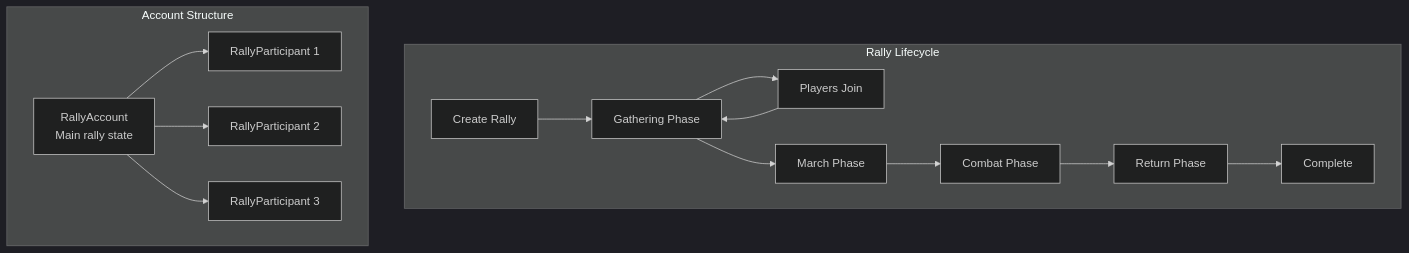
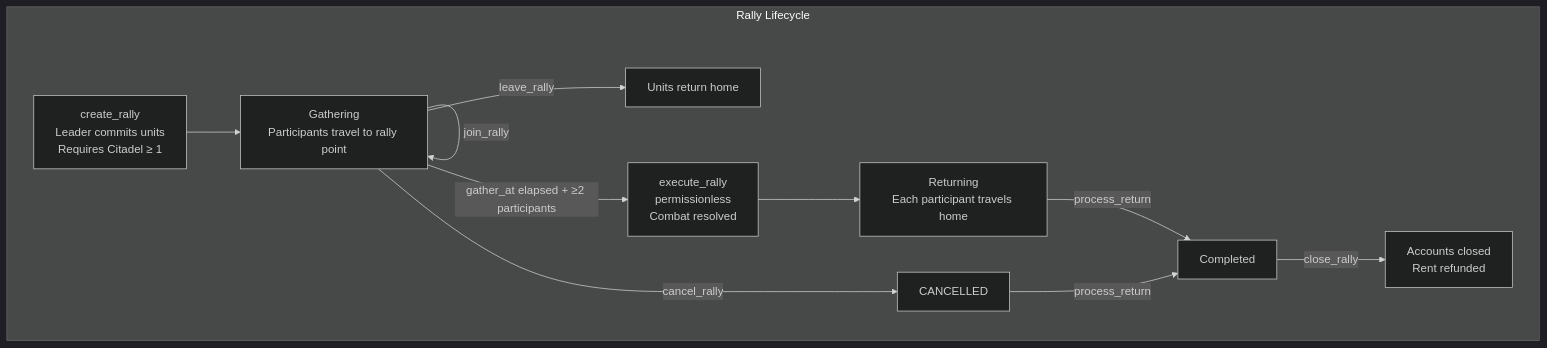
The first of 6 diagrams in docs/onchain/04-systems/rallies.md (crypt0miester/novus-mundus), drawn with Mermaid (dark theme) before and after one commit. The commit also changed other lines of this file and 259 other files, not shown here.

````diff
--- a/docs/onchain/04-systems/rallies.md
+++ b/docs/onchain/04-systems/rallies.md
@@ -9,20 +11,14 @@
 ```mermaid
 graph TB
     subgraph "Rally Lifecycle"
-        CREATE[Create Rally] --> GATHER[Gathering Phase]
-        GATHER --> JOIN[Players Join]
-        JOIN --> GATHER
-        GATHER --> MARCH[March Phase]
-        MARCH --> COMBAT[Combat Phase]
-        COMBAT --> RETURN[Return Phase]
-        RETURN --> COMPLETE[Complete]
-    end
-
-    subgraph "Account Structure"
-        RALLY[RallyAccount<br/>Main rally state]
-        P1[RallyParticipant 1]
-        P2[RallyParticipant 2]
-        P3[RallyParticipant 3]
-        RALLY --> P1 & P2 & P3
+        CREATE[create_rally<br/>Leader commits units<br/>Requires Citadel ≥ 1] --> GATHER[Gathering<br/>Participants travel to rally point]
+        GATHER -->|join_rally| GATHER
+        GATHER -->|leave_rally| LEAVE_RETURN[Units return home]
+        GATHER -->|cancel_rally| CANCELLED
+        GATHER -->|gather_at elapsed + ≥2 participants| EXECUTE
+        EXECUTE[execute_rally<br/>permissionless<br/>Combat resolved] --> RETURNING[Returning<br/>Each participant travels home]
+        RETURNING -->|process_return| DONE[Completed]
+        CANCELLED -->|process_return| DONE
+        DONE -->|close_rally| CLOSED[Accounts closed<br/>Rent refunded]
     end
 ```
````
